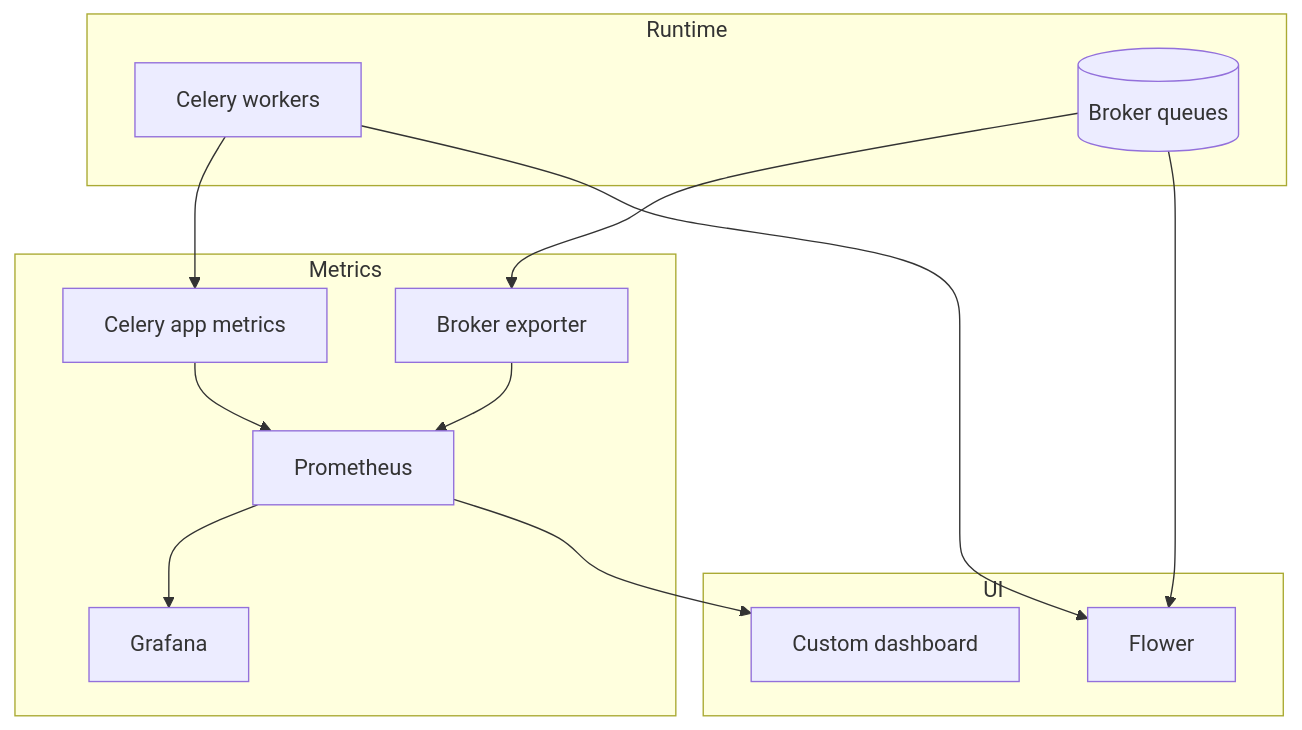
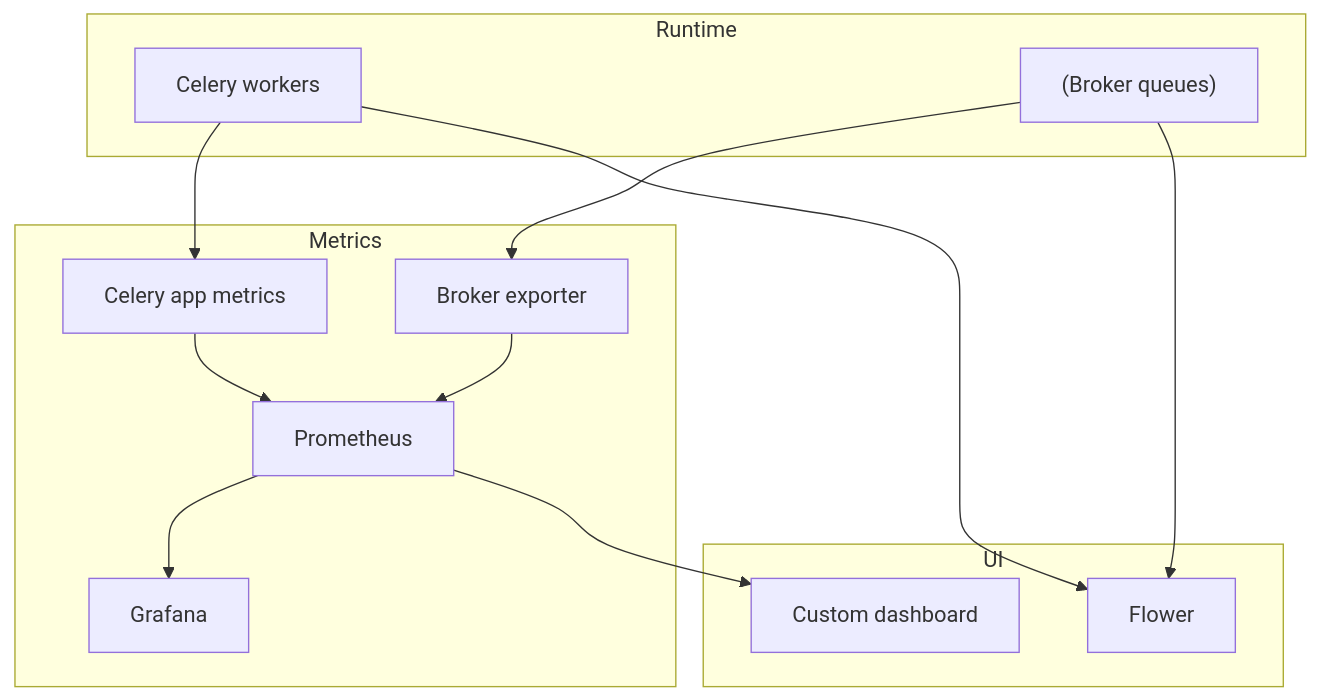
Before and after one commit to DDoSKudya/ai-study-atlas: the diagram in directions/services/celery/pact/33_katalog_instrumentov_bibliotek_i_integracii/11_33_33_1_monitoring_i_ui.md, drawn with Mermaid. The commit also changed 322 other files, not shown here.

Commit message:
fix(docs): make mermaid diagrams GitHub-compatible across directions content

````diff
--- a/directions/services/celery/pact/33_katalog_instrumentov_bibliotek_i_integracii/11_33_33_1_monitoring_i_ui.md
+++ b/directions/services/celery/pact/33_katalog_instrumentov_bibliotek_i_integracii/11_33_33_1_monitoring_i_ui.md
@@ -50,25 +50,25 @@
 ```mermaid
 flowchart TB
     subgraph Runtime
-      W[Celery workers]
-      B[(Broker queues)]
+      W["Celery workers"]
+      B["(Broker queues)"]
     end
     subgraph UI
-      F[Flower]
-      D[Custom dashboard]
+      F["Flower"]
+      D["Custom dashboard"]
     end
     subgraph Metrics
-      E1[Broker exporter]
-      E2[Celery app metrics]
-      P[Prometheus]
-      G[Grafana]
+      E1["Broker exporter"]
+      E2["Celery app metrics"]
+      P["Prometheus"]
+      G["Grafana"]
     end
     B --> E1
     W --> E2
     E1 --> P
     E2 --> P
     P --> G
     W --> F
     B --> F
     P --> D
 ```
````
